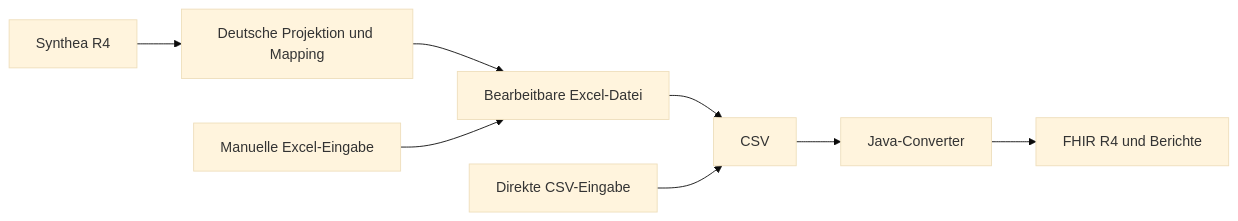
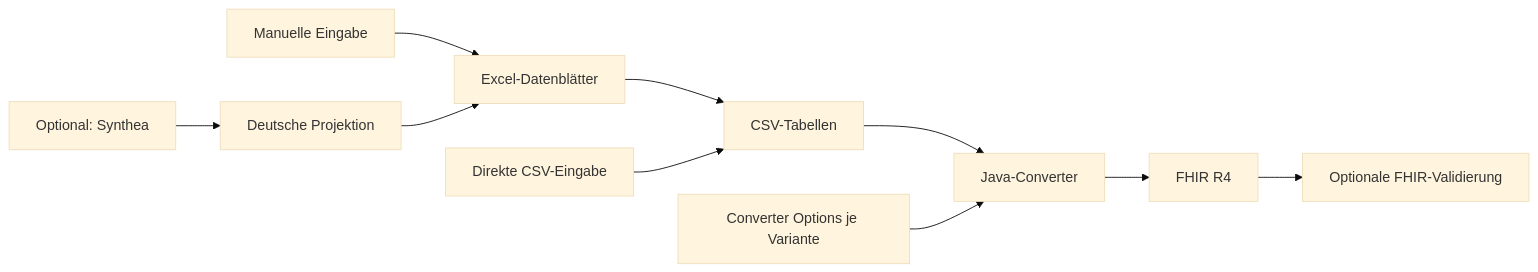
One commit to medizininformatik-initiative/excel2fhir changed the diagram in docs/architecture.md. Above: the diagram before and after it, drawn with Mermaid (base theme). The commit also changed other lines of this file and 17 other files, not shown here.

Commit message:
Use shared converter variants and formats for Synthea input

````diff
--- a/docs/architecture.md
+++ b/docs/architecture.md
@@ -8,10 +13,12 @@
 ```mermaid
 flowchart LR
-  S[Synthea R4] --> P[Deutsche Projektion und Mapping]
-  P --> E[Bearbeitbare Excel-Datei]
-  M[Manuelle Excel-Eingabe] --> E
-  E --> C[CSV]
+  M[Manuelle Eingabe] --> E[Excel-Datenblätter]
+  E --> C[CSV-Tabellen]
   D[Direkte CSV-Eingabe] --> C
   C --> J[Java-Converter]
-  J --> F[FHIR R4 und Berichte]
+  O[Converter Options je Variante] --> J
+  J --> F[FHIR R4]
+  F --> V[Optionale FHIR-Validierung]
+  S[Optional: Synthea] --> P[Deutsche Projektion]
+  P --> E
 ```
````
